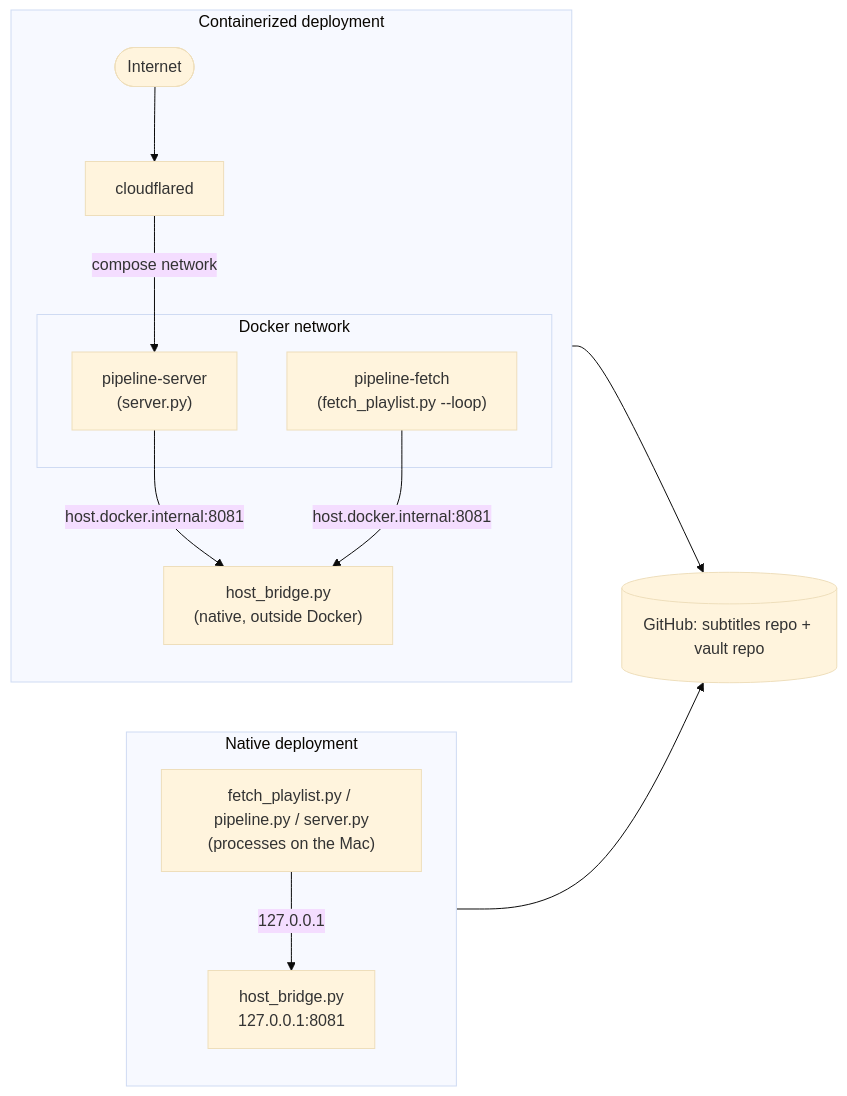
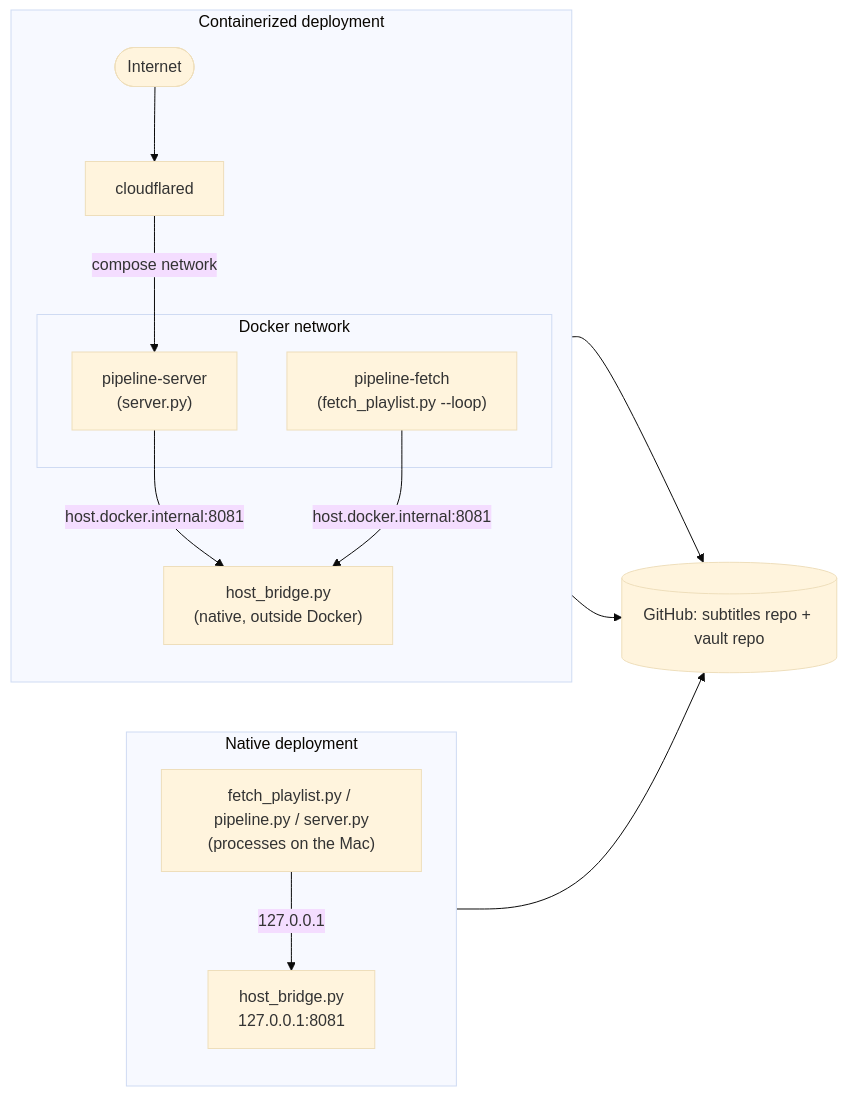
Before and after one commit to s1nack-dev/media-2-obsidian: the second of 7 diagrams in docs/architecture.md, drawn with Mermaid (base theme). The commit also changed other lines of this file, not shown here.

First line of the commit message:
fix: correct architecture diagrams and secrets documentation

````diff
--- a/docs/architecture.md
+++ b/docs/architecture.md
@@ -67,24 +67,25 @@
 ```mermaid
 flowchart LR
     subgraph native["Native deployment"]
         direction TB
         n1["fetch_playlist.py / pipeline.py / server.py<br/>(processes on the Mac)"]
         n2["host_bridge.py<br/>127.0.0.1:8081"]
         n1 -- "127.0.0.1" --> n2
     end
 
     subgraph containerized["Containerized deployment"]
         direction TB
         c0(["Internet"]) --> cf["cloudflared"]
         cf -- "compose network" --> cs["pipeline-server<br/>(server.py)"]
         subgraph dockernet["Docker network"]
             cs
             cfd["pipeline-fetch<br/>(fetch_playlist.py --loop)"]
         end
         cs -- "host.docker.internal:8081" --> c2["host_bridge.py<br/>(native, outside Docker)"]
         cfd -- "host.docker.internal:8081" --> c2
     end
 
-    n2 --> gh[("GitHub: subtitles repo + vault repo")]
-    c2 --> gh
+    n1 --> gh[("GitHub: subtitles repo + vault repo")]
+    cs --> gh
+    cfd --> gh
 ```
````
